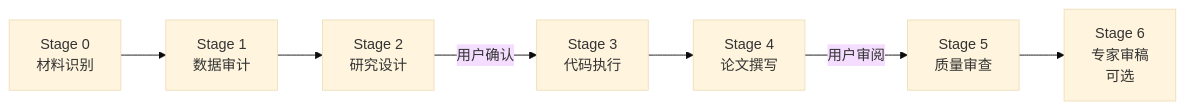
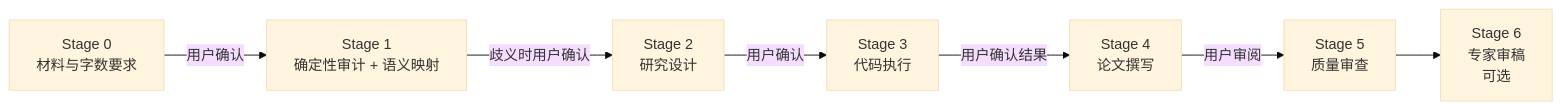
The diagram in README.md (megg-ops/empirical-paper), drawn with Mermaid (base theme) before and after one commit. The commit also changed other lines of this file, not shown here.

````diff
--- a/README.md
+++ b/README.md
@@ -7,9 +20,9 @@
 ```mermaid
 graph LR
-    S0[Stage 0<br/>材料识别] --> S1[Stage 1<br/>数据审计]
-    S1 --> S2[Stage 2<br/>研究设计]
+    S0[Stage 0<br/>材料与字数要求] -->|用户确认| S1[Stage 1<br/>确定性审计 + 语义映射]
+    S1 -->|歧义时用户确认| S2[Stage 2<br/>研究设计]
     S2 -->|用户确认| S3[Stage 3<br/>代码执行]
-    S3 --> S4[Stage 4<br/>论文撰写]
+    S3 -->|用户确认结果| S4[Stage 4<br/>论文撰写]
     S4 -->|用户审阅| S5[Stage 5<br/>质量审查]
     S5 --> S6[Stage 6<br/>专家审稿<br/>可选]
 ```
````
